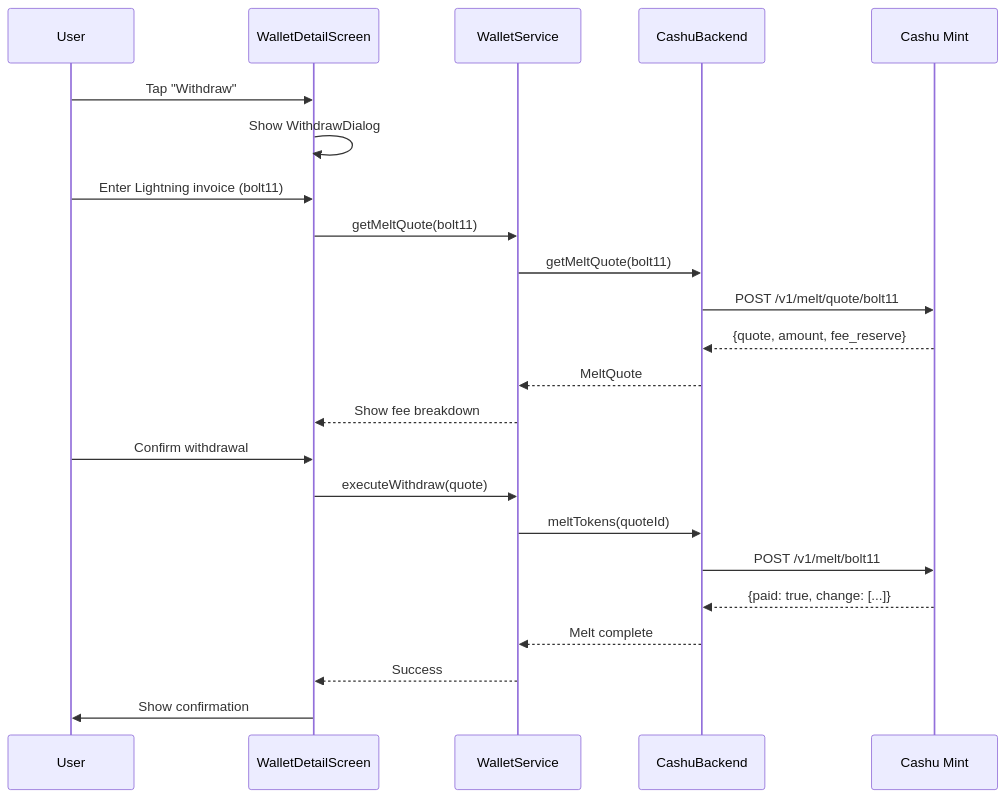
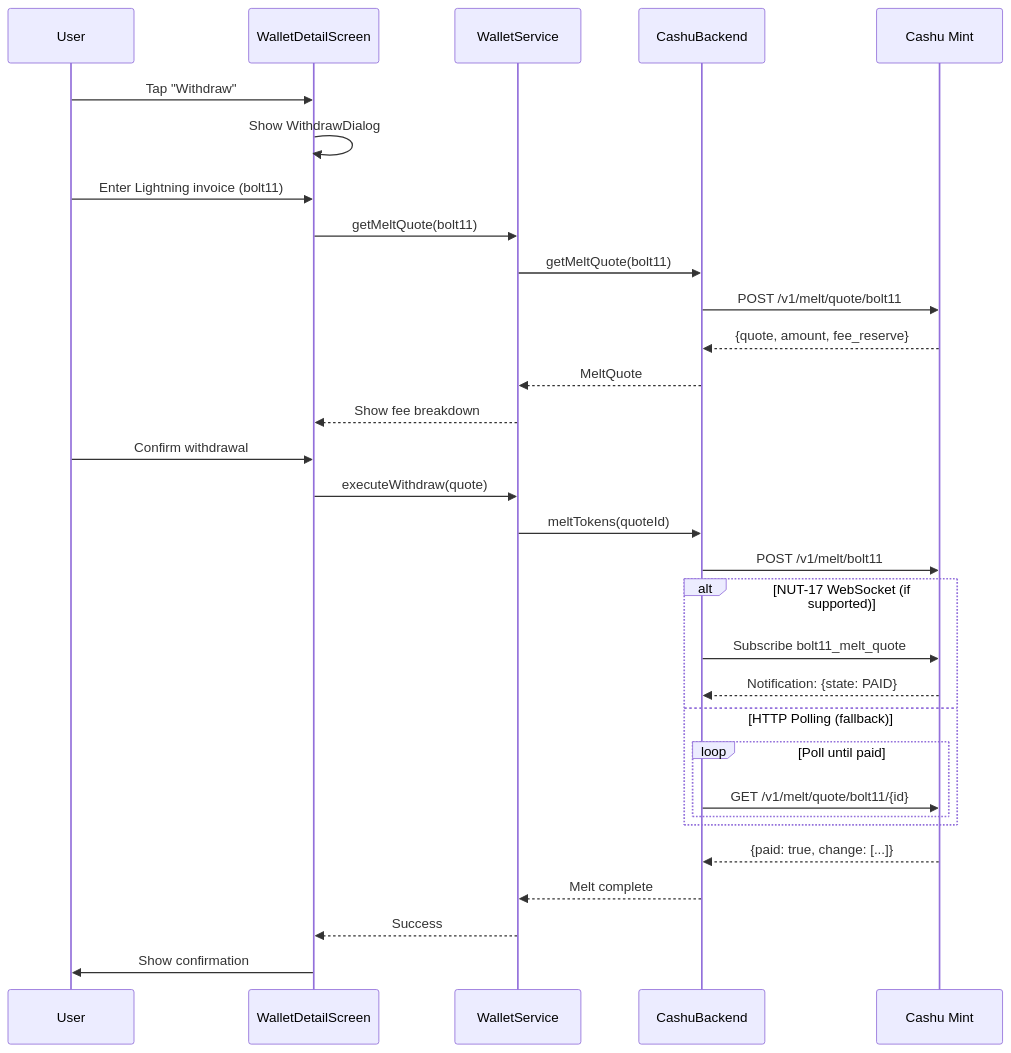
Before and after one commit to variablefate/ridestr: the third of 6 diagrams in docs/CONNECTIONS.md, drawn with Mermaid. The commit also changed other lines of this file and 1 other file, not shown here.

Commit message:
Update documentation for NUT-17 WebSocket implementation

````diff
--- a/docs/CONNECTIONS.md
+++ b/docs/CONNECTIONS.md
@@ -121,27 +126,35 @@
 ```mermaid
 sequenceDiagram
     participant U as User
     participant WDS as WalletDetailScreen
     participant WS as WalletService
     participant CB as CashuBackend
     participant M as Cashu Mint
 
     U->>WDS: Tap "Withdraw"
     WDS->>WDS: Show WithdrawDialog
     U->>WDS: Enter Lightning invoice (bolt11)
     WDS->>WS: getMeltQuote(bolt11)
     WS->>CB: getMeltQuote(bolt11)
     CB->>M: POST /v1/melt/quote/bolt11
     M-->>CB: {quote, amount, fee_reserve}
     CB-->>WS: MeltQuote
     WS-->>WDS: Show fee breakdown
 
     U->>WDS: Confirm withdrawal
     WDS->>WS: executeWithdraw(quote)
     WS->>CB: meltTokens(quoteId)
     CB->>M: POST /v1/melt/bolt11
+    alt NUT-17 WebSocket (if supported)
+        CB->>M: Subscribe bolt11_melt_quote
+        M-->>CB: Notification: {state: PAID}
+    else HTTP Polling (fallback)
+        loop Poll until paid
+            CB->>M: GET /v1/melt/quote/bolt11/{id}
+        end
+    end
     M-->>CB: {paid: true, change: [...]}
     CB-->>WS: Melt complete
     WS-->>WDS: Success
     WDS->>U: Show confirmation
 ```
````
